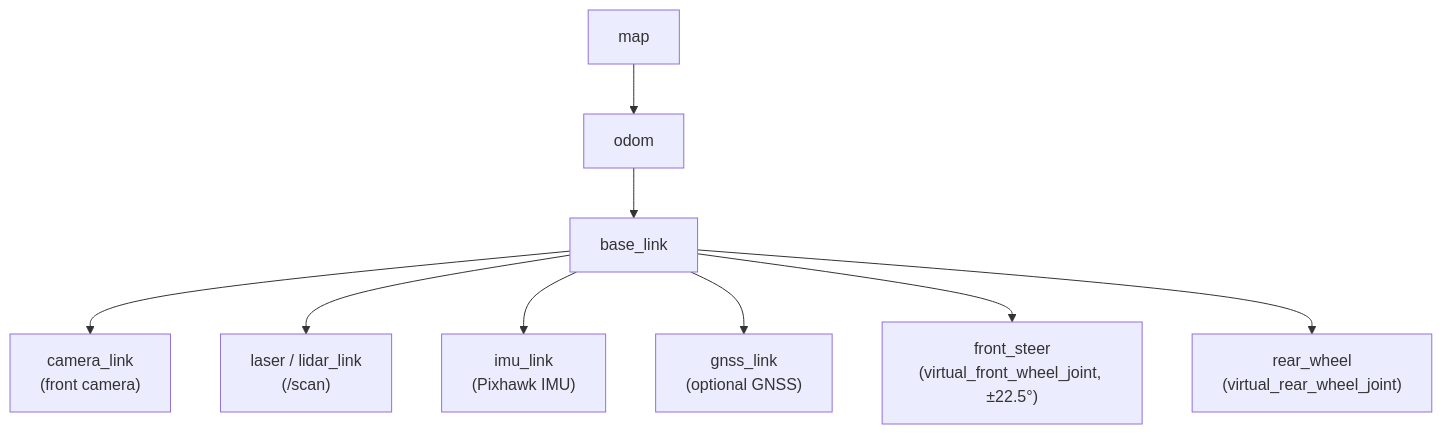
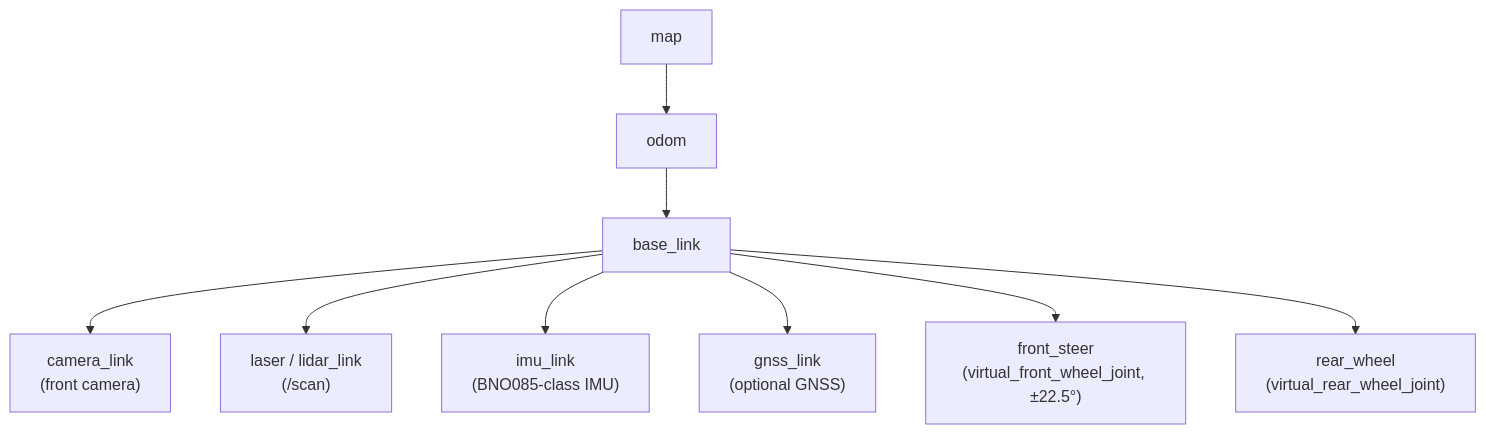
The first of 2 diagrams in docs/design/software.md (jrkwon/mrider), drawn with Mermaid before and after one commit. The commit also changed other lines of this file and 25 other files, not shown here.

````diff
--- a/docs/design/software.md
+++ b/docs/design/software.md
@@ -132,11 +167,11 @@
 ```mermaid
 flowchart TD
     map["map"] --> odom["odom"]
     odom --> base["base_link"]
     base --> cam["camera_link<br/>(front camera)"]
     base --> lidar["laser / lidar_link<br/>(/scan)"]
-    base --> imu["imu_link<br/>(Pixhawk IMU)"]
+    base --> imu["imu_link<br/>(BNO085-class IMU)"]
     base --> gnss["gnss_link<br/>(optional GNSS)"]
     base --> fsteer["front_steer<br/>(virtual_front_wheel_joint, ±22.5°)"]
     base --> rwheel["rear_wheel<br/>(virtual_rear_wheel_joint)"]
 ```
````
